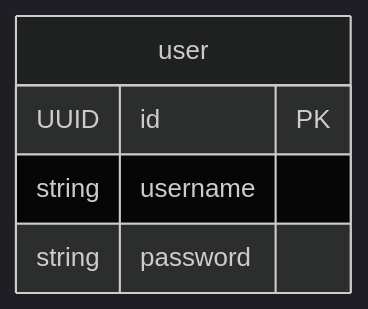
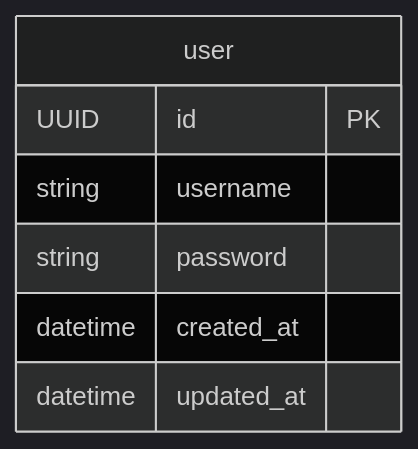
Before and after one commit to rapid-integration/simple-template: the diagram in docs/infrastructure/DATABASE.md, drawn with Mermaid (dark theme).

Commit message:
docs: update database structure

````diff
--- a/docs/infrastructure/DATABASE.md
+++ b/docs/infrastructure/DATABASE.md
@@ -1,8 +1,10 @@
 ```mermaid
 erDiagram
   user {
     UUID id PK
     string username
     string password
+    datetime created_at
+    datetime updated_at
   }
 ```
````
